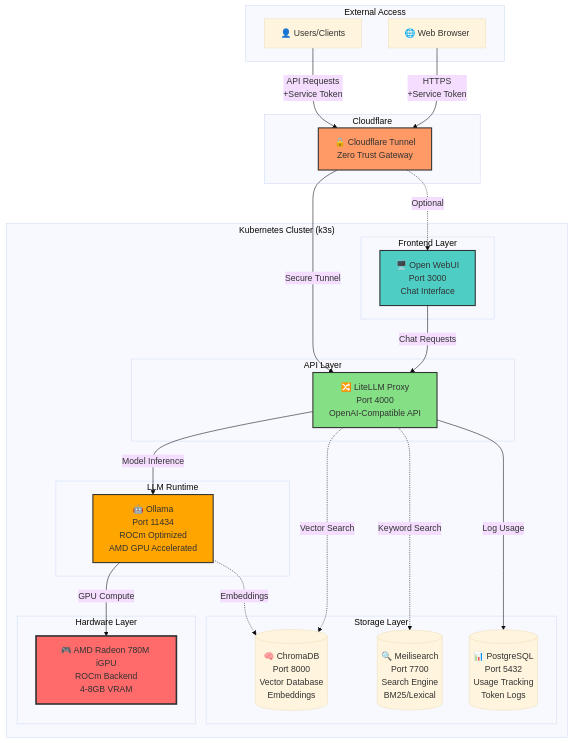
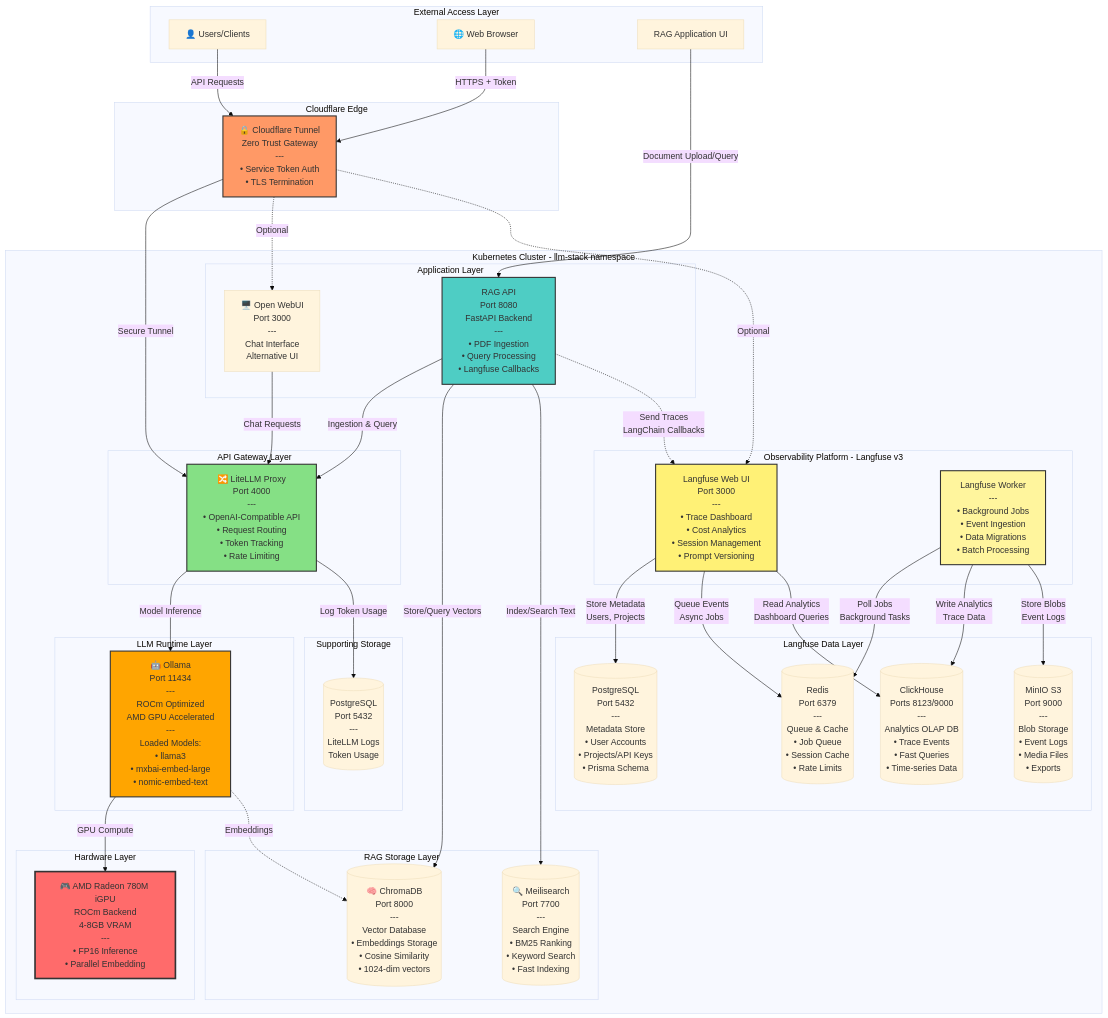
The first of 4 diagrams in llm-infrastructure/README.md (mysticrenji/selfhosted-llm-rag-app), drawn with Mermaid (base theme) before and after one commit. The commit also changed other lines of this file and 7 other files, not shown here.

Commit message:
Add langfuse observability and fix pre-commit issues

````diff
--- a/llm-infrastructure/README.md
+++ b/llm-infrastructure/README.md
@@ -7,56 +9,93 @@
 ```mermaid
 graph TB
-    subgraph "External Access"
+    subgraph "External Access Layer"
         User[👤 Users/Clients]
         Browser[🌐 Web Browser]
+        RAGUI[RAG Application UI]
     end
 
-    subgraph "Cloudflare"
-        CFTunnel[🔒 Cloudflare Tunnel<br/>Zero Trust Gateway]
+    subgraph "Cloudflare Edge"
+        CFTunnel[🔒 Cloudflare Tunnel<br/>Zero Trust Gateway<br/>---<br/>• Service Token Auth<br/>• TLS Termination]
     end
 
-    subgraph "Kubernetes Cluster (k3s)"
-        subgraph "Frontend Layer"
-            OpenWebUI[🖥️ Open WebUI<br/>Port 3000<br/>Chat Interface]
+    subgraph "Kubernetes Cluster - llm-stack namespace"
+
+        subgraph "Application Layer"
+            RAGAPI[RAG API<br/>Port 8080<br/>FastAPI Backend<br/>---<br/>• PDF Ingestion<br/>• Query Processing<br/>• Langfuse Callbacks]
+            OpenWebUI[🖥️ Open WebUI<br/>Port 3000<br/>---<br/>Chat Interface<br/>Alternative UI]
         end
 
-        subgraph "API Layer"
-            LiteLLM[🔀 LiteLLM Proxy<br/>Port 4000<br/>OpenAI-Compatible API]
+        subgraph "API Gateway Layer"
+            LiteLLM[🔀 LiteLLM Proxy<br/>Port 4000<br/>---<br/>• OpenAI-Compatible API<br/>• Request Routing<br/>• Token Tracking<br/>• Rate Limiting]
         end
 
-        subgraph "LLM Runtime"
-            Ollama[🤖 Ollama<br/>Port 11434<br/>ROCm Optimized<br/>AMD GPU Accelerated]
+        subgraph "LLM Runtime Layer"
+            Ollama[🤖 Ollama<br/>Port 11434<br/>---<br/>ROCm Optimized<br/>AMD GPU Accelerated<br/>---<br/>Loaded Models:<br/>• llama3<br/>• mxbai-embed-large<br/>• nomic-embed-text]
         end
 
-        subgraph "Storage Layer"
-            ChromaDB[(🧠 ChromaDB<br/>Port 8000<br/>Vector Database<br/>Embeddings)]
-            Meilisearch[(🔍 Meilisearch<br/>Port 7700<br/>Search Engine<br/>BM25/Lexical)]
-            PostgreSQL[(📊 PostgreSQL<br/>Port 5432<br/>Usage Tracking<br/>Token Logs)]
+        subgraph "RAG Storage Layer"
+            ChromaDB[(🧠 ChromaDB<br/>Port 8000<br/>---<br/>Vector Database<br/>• Embeddings Storage<br/>• Cosine Similarity<br/>• 1024-dim vectors)]
+            Meilisearch[(🔍 Meilisearch<br/>Port 7700<br/>---<br/>Search Engine<br/>• BM25 Ranking<br/>• Keyword Search<br/>• Fast Indexing)]
+        end
+
+        subgraph "Observability Platform - Langfuse v3"
+            LangfuseWeb[Langfuse Web UI<br/>Port 3000<br/>---<br/>• Trace Dashboard<br/>• Cost Analytics<br/>• Session Management<br/>• Prompt Versioning]
+            LangfuseWorker[Langfuse Worker<br/>---<br/>• Background Jobs<br/>• Event Ingestion<br/>• Data Migrations<br/>• Batch Processing]
+        end
+
+        subgraph "Langfuse Data Layer"
+            LFPostgres[(PostgreSQL<br/>Port 5432<br/>---<br/>Metadata Store<br/>• User Accounts<br/>• Projects/API Keys<br/>• Prisma Schema)]
+            LFClickHouse[(ClickHouse<br/>Ports 8123/9000<br/>---<br/>Analytics OLAP DB<br/>• Trace Events<br/>• Fast Queries<br/>• Time-series Data)]
+            LFRedis[(Redis<br/>Port 6379<br/>---<br/>Queue & Cache<br/>• Job Queue<br/>• Session Cache<br/>• Rate Limits)]
+            LFMinIO[(MinIO S3<br/>Port 9000<br/>---<br/>Blob Storage<br/>• Event Logs<br/>• Media Files<br/>• Exports)]
+        end
+
+        subgraph "Supporting Storage"
+            LiteLLMDB[(PostgreSQL<br/>Port 5432<br/>---<br/>LiteLLM Logs<br/>Token Usage)]
         end
 
         subgraph "Hardware Layer"
-            GPU[🎮 AMD Radeon 780M iGPU<br/>ROCm Backend<br/>4-8GB VRAM]
+            GPU[🎮 AMD Radeon 780M iGPU<br/>ROCm Backend<br/>4-8GB VRAM<br/>---<br/>• FP16 Inference<br/>• Parallel Embedding]
         end
     end
 
-    User -->|API Requests<br/>+Service Token| CFTunnel
-    Browser -->|HTTPS<br/>+Service Token| CFTunnel
+    %% External Access
+    User -->|API Requests| CFTunnel
+    Browser -->|HTTPS + Token| CFTunnel
+    RAGUI -->|Document Upload/Query| RAGAPI
     CFTunnel -->|Secure Tunnel| LiteLLM
     CFTunnel -.->|Optional| OpenWebUI
+    CFTunnel -.->|Optional| LangfuseWeb
 
+    %% Application Layer
+    RAGAPI -->|Ingestion & Query| LiteLLM
     OpenWebUI -->|Chat Requests| LiteLLM
+
+    %% LLM Layer
     LiteLLM -->|Model Inference| Ollama
-    LiteLLM -->|Log Usage| PostgreSQL
+    LiteLLM -->|Log Token Usage| LiteLLMDB
+    Ollama -->|GPU Compute| GPU
 
-    Ollama -->|GPU Compute| GPU
+    %% RAG Storage
+    RAGAPI -->|Store/Query Vectors| ChromaDB
+    RAGAPI -->|Index/Search Text| Meilisearch
     Ollama -.->|Embeddings| ChromaDB
 
-    LiteLLM -.->|Vector Search| ChromaDB
-    LiteLLM -.->|Keyword Search| Meilisearch
+    %% Langfuse Observability
+    RAGAPI -.->|Send Traces<br/>LangChain Callbacks| LangfuseWeb
+    LangfuseWeb -->|Store Metadata<br/>Users, Projects| LFPostgres
+    LangfuseWeb -->|Queue Events<br/>Async Jobs| LFRedis
+    LangfuseWorker -->|Poll Jobs<br/>Background Tasks| LFRedis
+    LangfuseWorker -->|Write Analytics<br/>Trace Data| LFClickHouse
+    LangfuseWorker -->|Store Blobs<br/>Event Logs| LFMinIO
+    LangfuseWeb -->|Read Analytics<br/>Dashboard Queries| LFClickHouse
 
+    %% Styling
     style CFTunnel fill:#f96,stroke:#333,stroke-width:2px
     style LiteLLM fill:#85e085,stroke:#333,stroke-width:2px
     style Ollama fill:#ffa500,stroke:#333,stroke-width:2px
     style GPU fill:#ff6b6b,stroke:#333,stroke-width:3px
-    style OpenWebUI fill:#4ecdc4,stroke:#333,stroke-width:2px
+    style RAGAPI fill:#4ecdc4,stroke:#333,stroke-width:2px
+    style LangfuseWeb fill:#fff176,stroke:#333,stroke-width:2px
+    style LangfuseWorker fill:#fff59d,stroke:#333,stroke-width:2px
 ```
````
